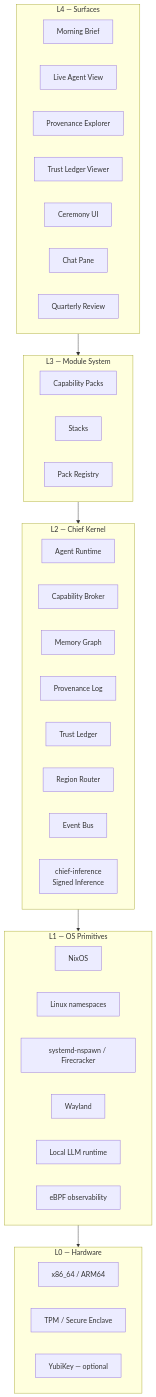
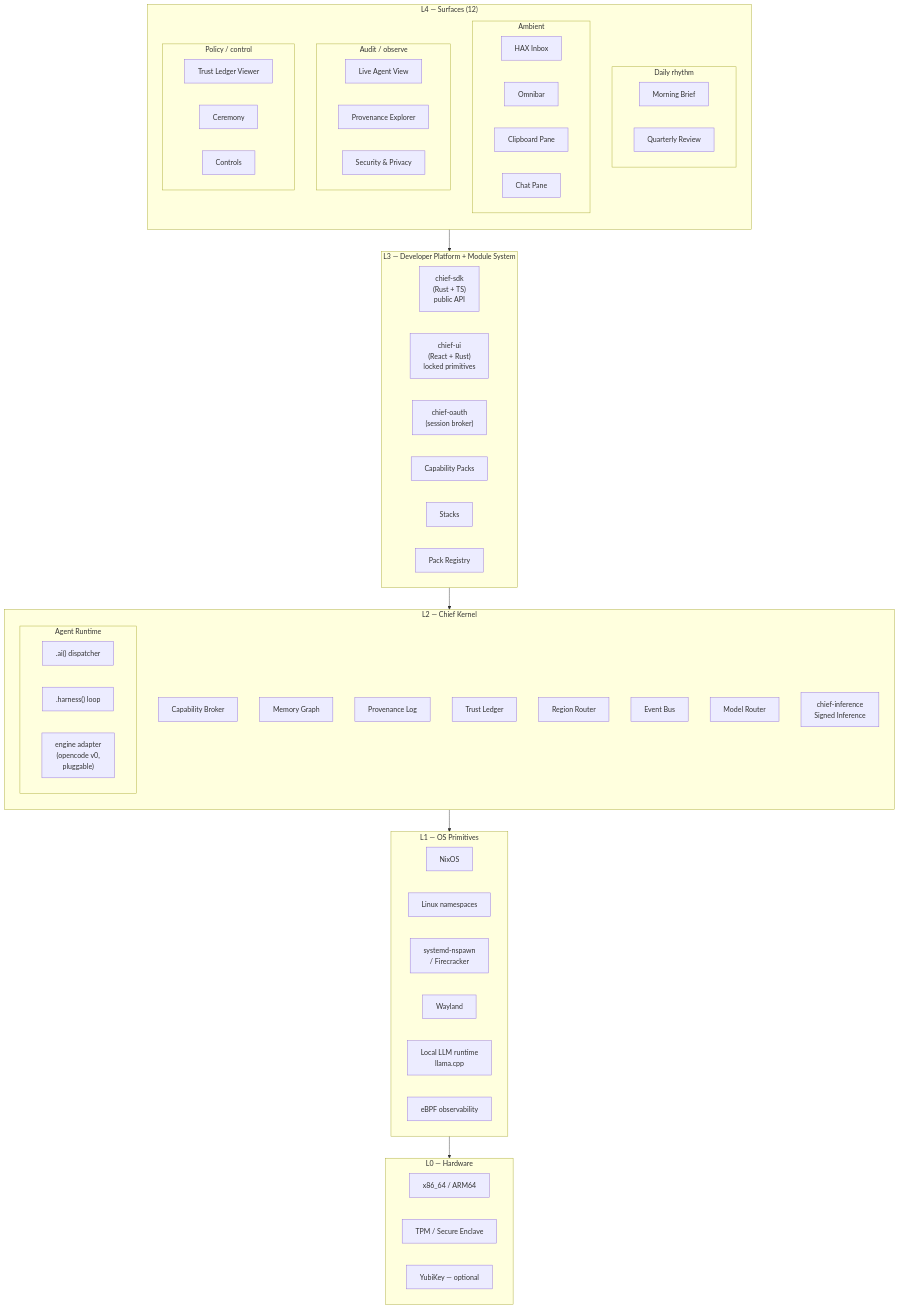
One commit to santoshkumarradha/ChiefOS changed the first of 3 diagrams in docs/02-architecture.md. Above: the diagram before and after it, drawn with Mermaid. The commit also changed other lines of this file and 3 other files, not shown here.

First line of the commit message:
docs(architecture): sync layer map with ADR-0010/11/12/13

````diff
--- a/docs/02-architecture.md
+++ b/docs/02-architecture.md
@@ -23,41 +26,70 @@
 ```mermaid
 flowchart TD
-    subgraph L4[L4 — Surfaces]
-        MB[Morning Brief]
-        LV[Live Agent View]
-        PE[Provenance Explorer]
-        TL[Trust Ledger Viewer]
-        CE[Ceremony UI]
-        CH[Chat Pane]
-        QR[Quarterly Review]
+    subgraph L4["L4 — Surfaces (12)"]
+        direction TB
+        subgraph L4a["Daily rhythm"]
+            MB[Morning Brief]
+            QR[Quarterly Review]
+        end
+        subgraph L4b["Ambient"]
+            HI[HAX Inbox]
+            OB[Omnibar]
+            CP2[Clipboard Pane]
+            CH[Chat Pane]
+        end
+        subgraph L4c["Audit / observe"]
+            LV[Live Agent View]
+            PE[Provenance Explorer]
+            SP[Security & Privacy]
+        end
+        subgraph L4d["Policy / control"]
+            TL[Trust Ledger Viewer]
+            CE[Ceremony]
+            CT[Controls]
+        end
     end
-    subgraph L3[L3 — Module System]
+
+    subgraph L3["L3 — Developer Platform + Module System"]
+        direction LR
+        SDK["chief-sdk<br/>(Rust + TS)<br/>public API"]
+        UI["chief-ui<br/>(React + Rust)<br/>locked primitives"]
+        OAUTH["chief-oauth<br/>(session broker)"]
         CP[Capability Packs]
         SK[Stacks]
         RG[Pack Registry]
     end
-    subgraph L2[L2 — Chief Kernel]
-        AR[Agent Runtime]
+
+    subgraph L2["L2 — Chief Kernel"]
+        direction TB
+        subgraph L2AR["Agent Runtime"]
+            AI[".ai() dispatcher"]
+            HR[".harness() loop"]
+            EA["engine adapter<br/>(opencode v0,<br/>pluggable)"]
+        end
         CB[Capability Broker]
         MG[Memory Graph]
         PL[Provenance Log]
         TLD[Trust Ledger]
         RR[Region Router]
         EB[Event Bus]
+        MR[Model Router]
         CI[chief-inference<br/>Signed Inference]
     end
-    subgraph L1[L1 — OS Primitives]
+
+    subgraph L1["L1 — OS Primitives"]
         NIX[NixOS]
         NS[Linux namespaces]
-        SN[systemd-nspawn / Firecracker]
+        SN[systemd-nspawn<br/>/ Firecracker]
         WL[Wayland]
-        LLM[Local LLM runtime]
+        LLM[Local LLM runtime<br/>llama.cpp]
         EBPF[eBPF observability]
     end
-    subgraph L0[L0 — Hardware]
+
+    subgraph L0["L0 — Hardware"]
         CPU[x86_64 / ARM64]
         TPM[TPM / Secure Enclave]
         YK[YubiKey — optional]
     end
+
     L4 --> L3 --> L2 --> L1 --> L0
 ```
````
